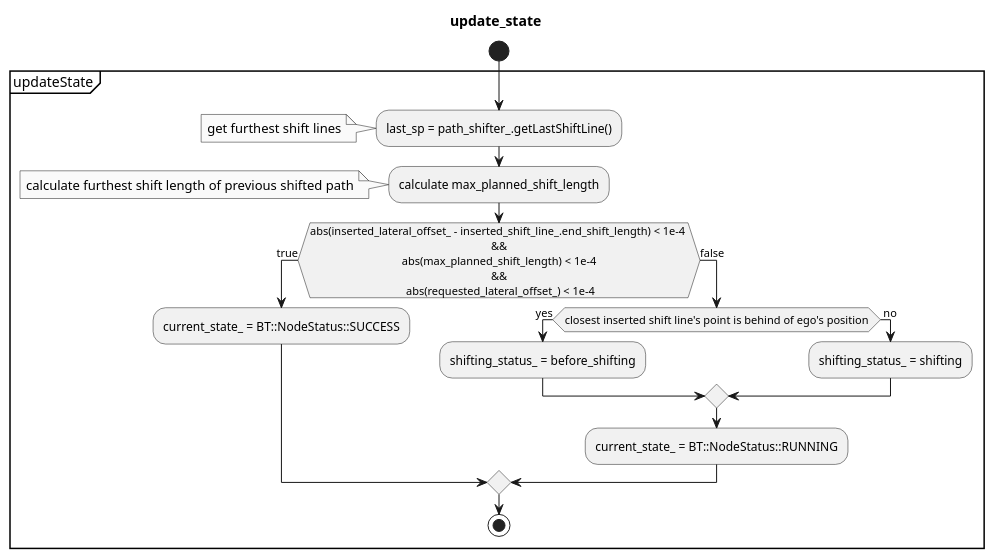
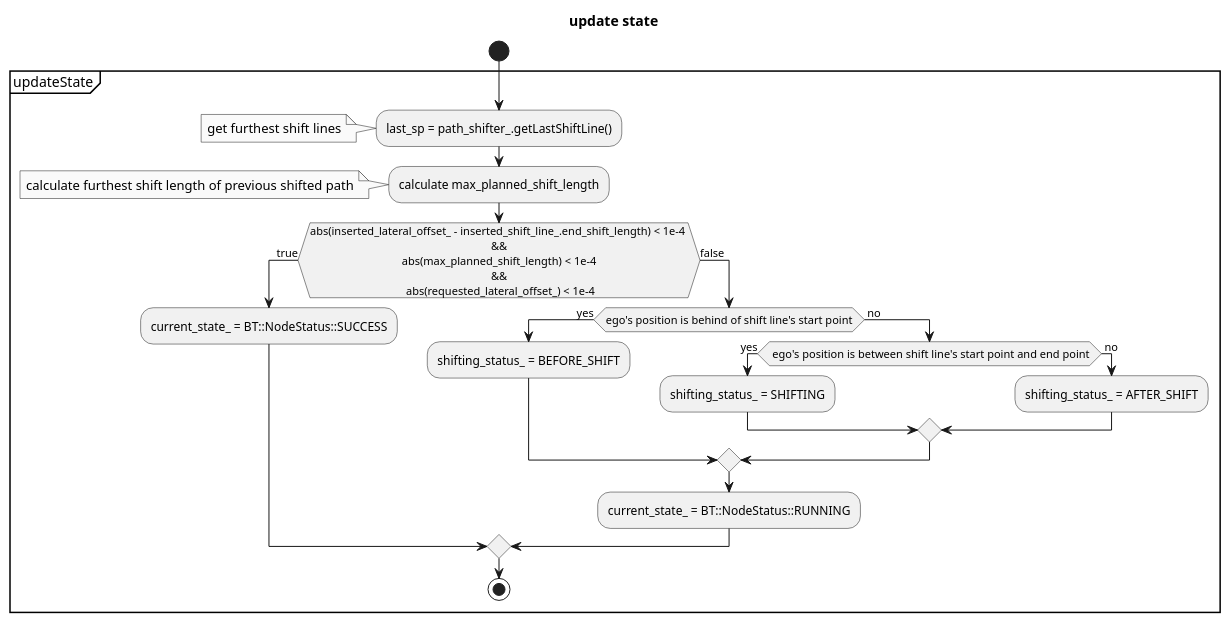
One commit to autowarefoundation/autoware.universe changed the third of 3 diagrams in planning/behavior_path_planner/behavior_path_planner_side-shift.md. Above: the diagram before and after it, drawn with PlantUML. The commit also changed other lines of this file and 2 other files, not shown here.

Commit message:
fix flow chart

````diff
--- a/planning/behavior_path_planner/behavior_path_planner_side-shift.md
+++ b/planning/behavior_path_planner/behavior_path_planner_side-shift.md
@@ -53,33 +56,37 @@
 ```plantuml
 @startuml
 skinparam monochrome true
 skinparam defaultTextAlignment center
 skinparam noteTextAlignment left
 
-title update_state
+title update state
 
 start
 partition updateState {
   :last_sp = path_shifter_.getLastShiftLine();
   note left
   get furthest shift lines
   end note
   :calculate max_planned_shift_length;
   note left
   calculate furthest shift length of previous shifted path
   end note
   if (abs(inserted_lateral_offset_ - inserted_shift_line_.end_shift_length) < 1e-4 \n && \n abs(max_planned_shift_length) < 1e-4 \n && \n abs(requested_lateral_offset_) < 1e-4) then ( true)
     :current_state_ = BT::NodeStatus::SUCCESS;
   else (false)
-    if (closest inserted shift line's point is behind of ego's position) then( yes)
-      :shifting_status_ = before_shifting;
-    else ( no)
-      :shifting_status_ = shifting;
+    if (ego's position is behind of shift line's start point) then( yes)
+      :shifting_status_ = BEFORE_SHIFT;
+    else ( no) 
+      if ( ego's position is between shift line's start point and end point) then (yes)
+        :shifting_status_ = SHIFTING;
+      else( no)
+        :shifting_status_ = AFTER_SHIFT;
+      endif
     endif
     :current_state_ = BT::NodeStatus::RUNNING;
   endif
   stop
 }
 
 @enduml
 ```
````
